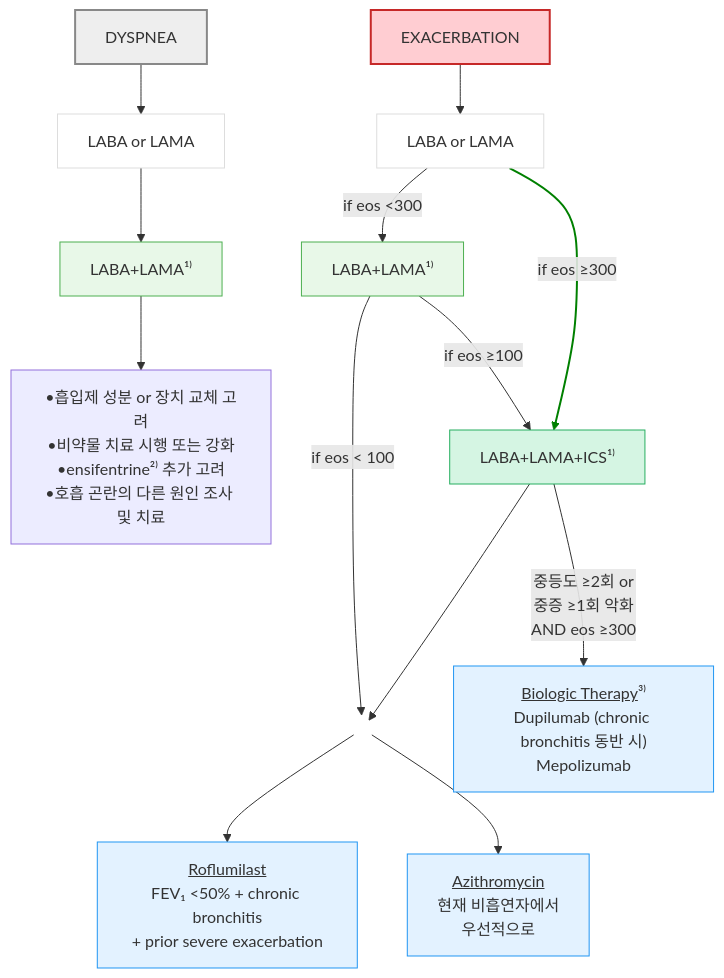
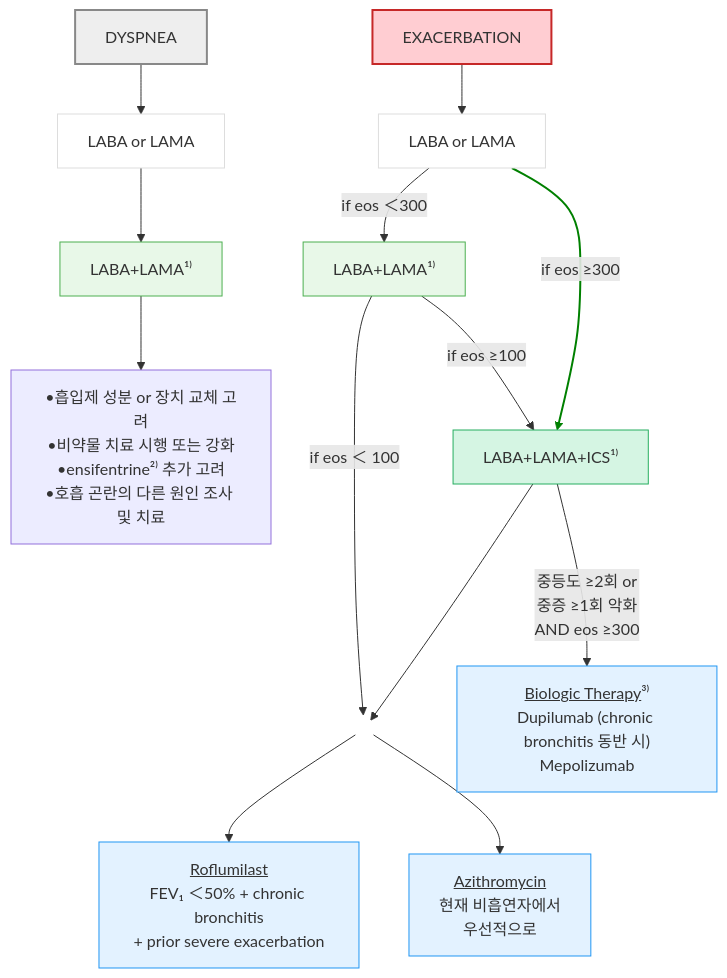
One commit to familyoh77/familyoh77 changed the first of 3 diagrams in 223_/072_-copd.md. Above: the diagram before and after it, drawn with Mermaid. The commit also changed other lines of this file and 1 other file, not shown here.

````diff
--- a/223_/072_-copd.md
+++ b/223_/072_-copd.md
@@ -400,35 +420,35 @@
 ```mermaid
 graph TD
 %% DYSPNEA pathway
 D0[DYSPNEA] --> D1[LABA or LAMA]
     D1 --> D2["LABA+LAMA¹⁾"]
     D2 --> D3["•흡입제 성분 or 장치 교체 고려<br/>•비약물 치료 시행 또는 강화<br/>•ensifentrine²⁾ 추가 고려<br/>•호흡 곤란의 다른 원인 조사 및 치료"]
 
 %% EXACERBATION pathway (중등도 또는 중증 악화 ≥1회/년)
 E0[EXACERBATION] --> E1[LABA or LAMA]
 
     E2 -- "if eos ≥100" --> E3
-    E1 -- "if eos <300" --> E2["LABA+LAMA¹⁾"]
+    E1 -- "if eos ＜300" --> E2["LABA+LAMA¹⁾"]
     E1 -- "if eos ≥300" --> E3["LABA+LAMA+ICS¹⁾"]    
 
     
-    E2 -- "if eos < 100" --> E4{ }
+    E2 -- "if eos ＜ 100" --> E4{ }
     E3 --> E4
     
-    E4 --> E5["<u>Roflumilast</u><br/>FEV₁ <50% + chronic bronchitis<br/>+ prior severe exacerbation"]
+    E4 --> E5["<u>Roflumilast</u><br/>FEV₁ ＜50% + chronic bronchitis<br/>+ prior severe exacerbation"]
     E4 --> E6["<u>Azithromycin</u><br/>현재 비흡연자에서<br/>우선적으로"]
     E3 -- "중등도 ≥2회 or<br/>중증 ≥1회 악화<br/>AND eos ≥300"--> E7["<u>Biologic Therapy</u>³⁾<br/>Dupilumab (chronic bronchitis 동반 시)<br/>Mepolizumab"]
 
 style D0 fill:#eeeeee,stroke:#888888,stroke-width:2px
 style D1 fill:#fff,stroke:#ddd
 style D2 fill:#e8f8e8,stroke:#4caf50
 style E0 fill:#ffcdd2,stroke:#c62828,stroke-width:2px
 style E1 fill:#fff,stroke:#ddd
 style E2 fill:#e8f8e8,stroke:#4caf50
 style E3 fill:#d5f5e3,stroke:#27ae60
 style E4 fill:none,stroke:none
 classDef sky fill:#e3f2ff,stroke:#2196f3
 class E5,E6,E7 sky
 
 linkStyle 6 stroke:green,stroke-width:2px;
 ```
````
